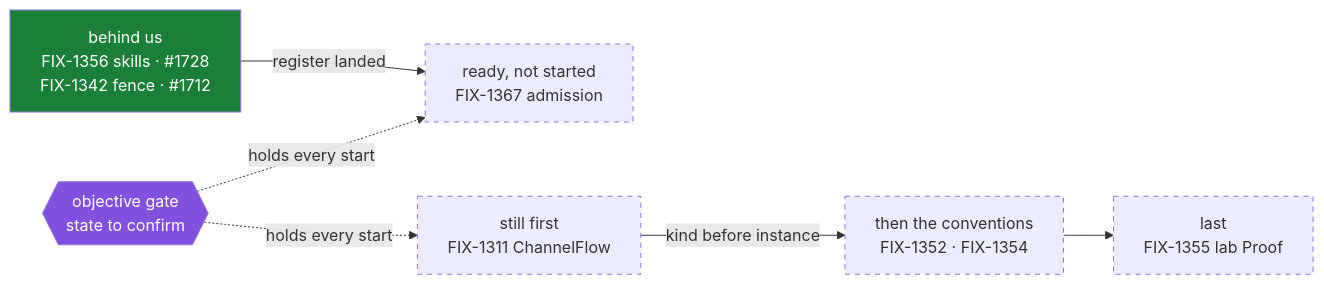
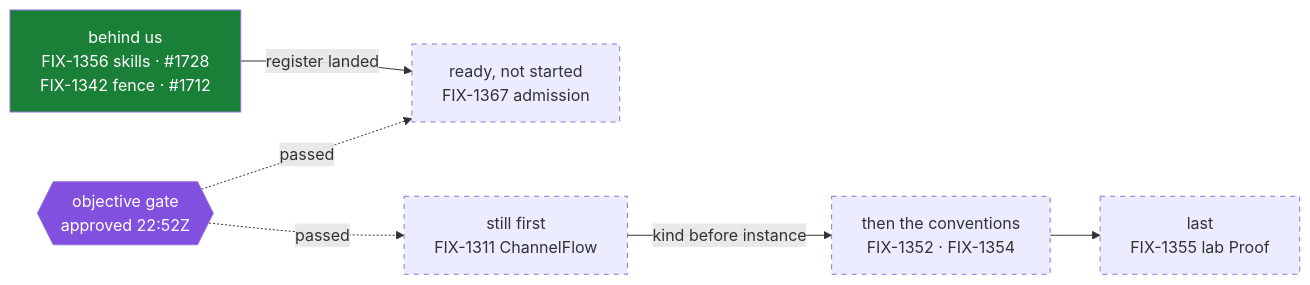
One commit to fixpoint-labs/flow-state-dev changed the fourth of 4 diagrams in spec/_epics/file-convention-surface.explainer.md. Above: the diagram before and after it, drawn with Mermaid. The commit also changed other lines of this file and 1 other file, not shown here.

First line of the commit message:
spec(epic): the objective is approved — state it plainly (FIX-1351)

````diff
--- a/spec/_epics/file-convention-surface.explainer.md
+++ b/spec/_epics/file-convention-surface.explainer.md
@@ -86,20 +86,20 @@
 ```mermaid
 flowchart LR
   A["behind us<br/>FIX-1356 skills · #1728<br/>FIX-1342 fence · #1712"]
   B["ready, not started<br/>FIX-1367 admission"]
-  G{{"objective gate<br/>state to confirm"}}
+  G{{"objective gate<br/>approved 22:52Z"}}
   C["still first<br/>FIX-1311 ChannelFlow"]
   D["then the conventions<br/>FIX-1352 · FIX-1354"]
   E["last<br/>FIX-1355 lab Proof"]
   A -->|"register landed"| B
-  G -.->|"holds every start"| B
-  G -.->|"holds every start"| C
+  G -.->|"passed"| B
+  G -.->|"passed"| C
   C -->|"kind before instance"| D
   D --> E
   classDef shipped fill:#1a7f37,color:#fff
   classDef gate fill:#8250df,color:#fff
   classDef todo stroke-dasharray:5 5
   class A shipped
   class G gate
   class B,C,D,E todo
 ```
````
